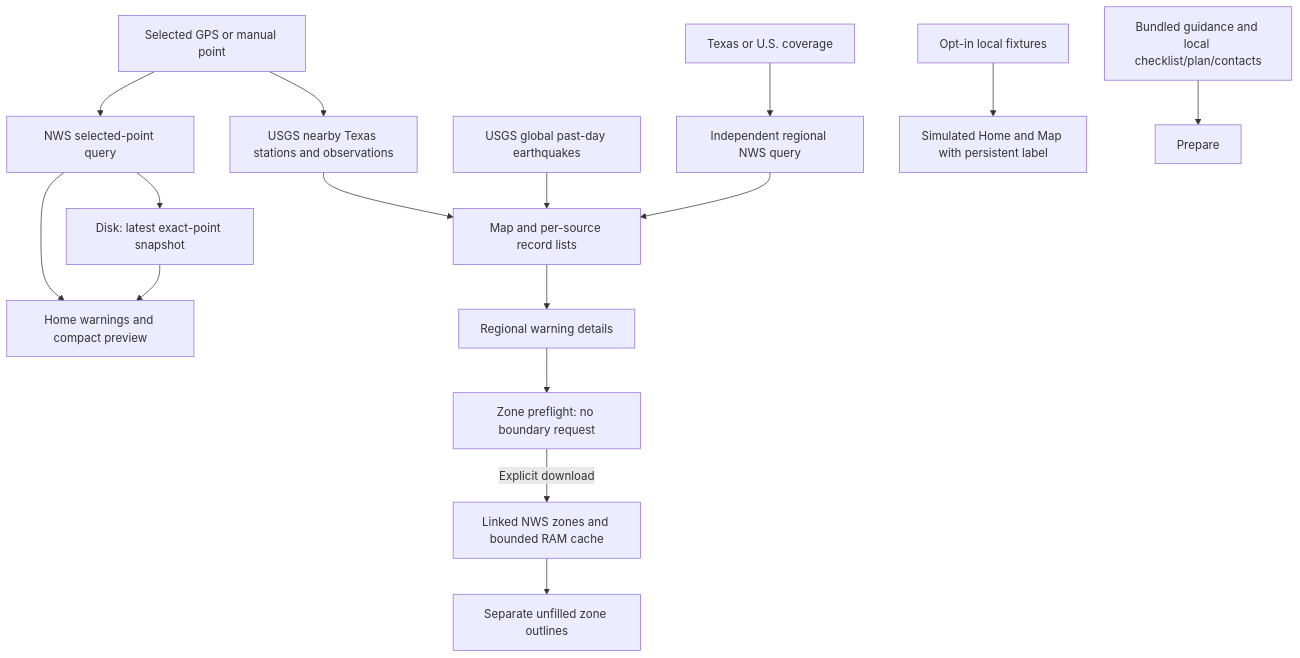
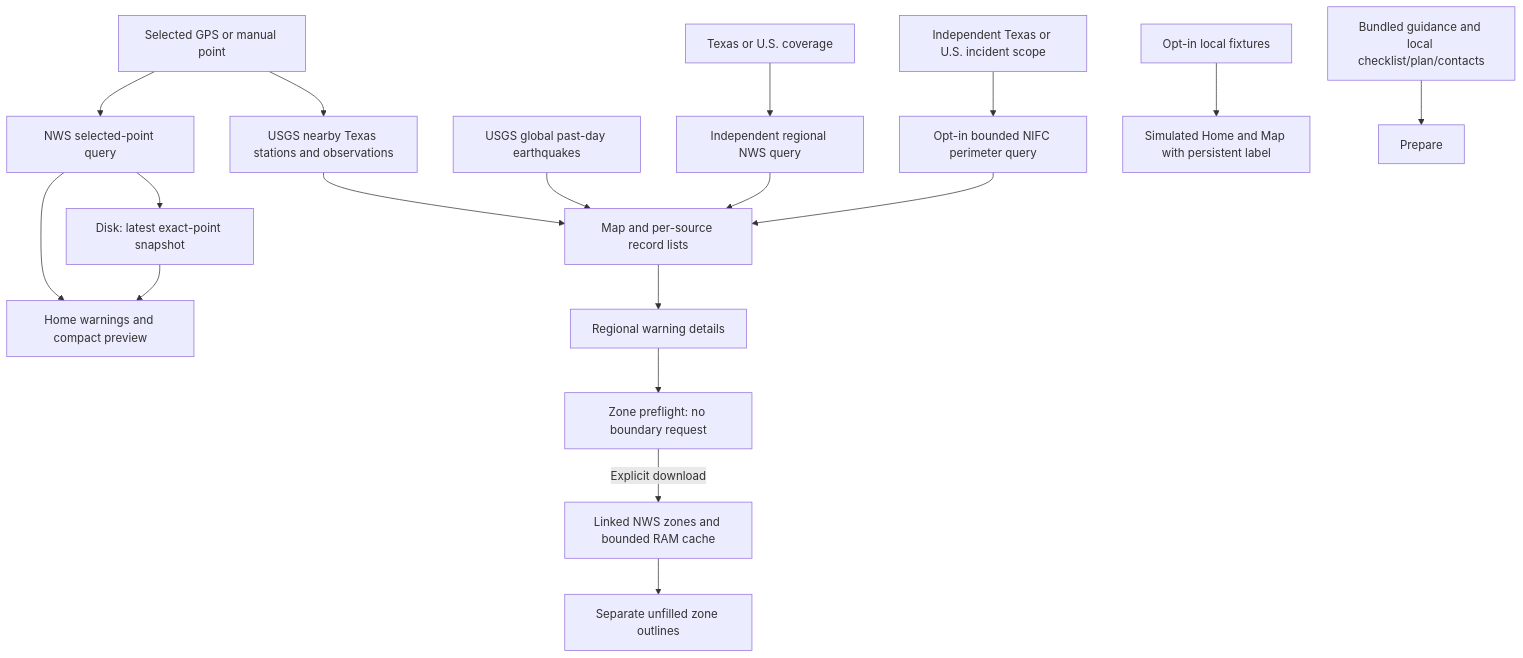
Before and after one commit to lostden/clearpath: the diagram in ARCHITECTURE.md, drawn with Mermaid. The commit also changed other lines of this file and 20 other files, not shown here.

````diff
--- a/ARCHITECTURE.md
+++ b/ARCHITECTURE.md
@@ -24,18 +24,20 @@
 ```mermaid
 flowchart TD
   L[Selected GPS or manual point] --> Q[NWS selected-point query]
   Q --> H[Home warnings and compact preview]
   Q --> C[Disk: latest exact-point snapshot]
   C --> H
   T[Texas or U.S. coverage] --> W[Independent regional NWS query]
   W --> M[Map and per-source record lists]
   E[USGS global past-day earthquakes] --> M
   L --> U[USGS nearby Texas stations and observations]
   U --> M
+  I[Independent Texas or U.S. incident scope] --> V[Opt-in bounded NIFC perimeter query]
+  V --> M
   M --> D[Regional warning details]
   D --> P[Zone preflight: no boundary request]
   P -->|Explicit download| Z[Linked NWS zones and bounded RAM cache]
   Z --> O[Separate unfilled zone outlines]
   F[Opt-in local fixtures] --> S[Simulated Home and Map with persistent label]
   B[Bundled guidance and local checklist/plan/contacts] --> R[Prepare]
 ```
````
